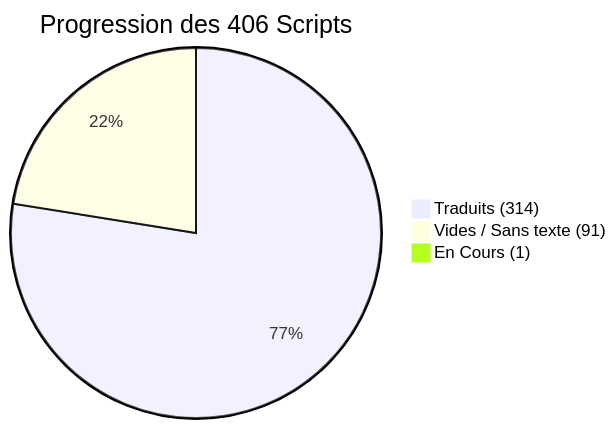
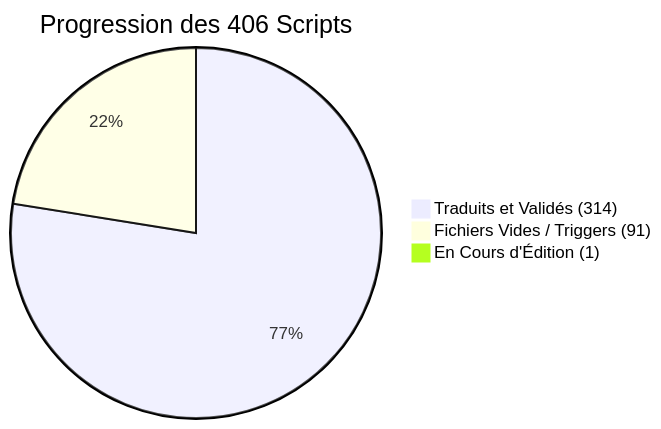
The first of 2 diagrams in SUIVI.md (Grimoire-du-Coeur/P2-IS-FR-PSP), drawn with Mermaid before and after one commit. The commit also changed other lines of this file, not shown here.

````diff
--- a/SUIVI.md
+++ b/SUIVI.md
@@ -31,6 +31,6 @@
 ```mermaid
 pie title Progression des 406 Scripts
-    "Traduits (314)" : 314
-    "Vides / Sans texte (91)" : 91
-    "En Cours (1)" : 1
+    "Traduits et Validés (314)" : 314
+    "Fichiers Vides / Triggers (91)" : 91
+    "En Cours d'Édition (1)" : 1
 ```
````
